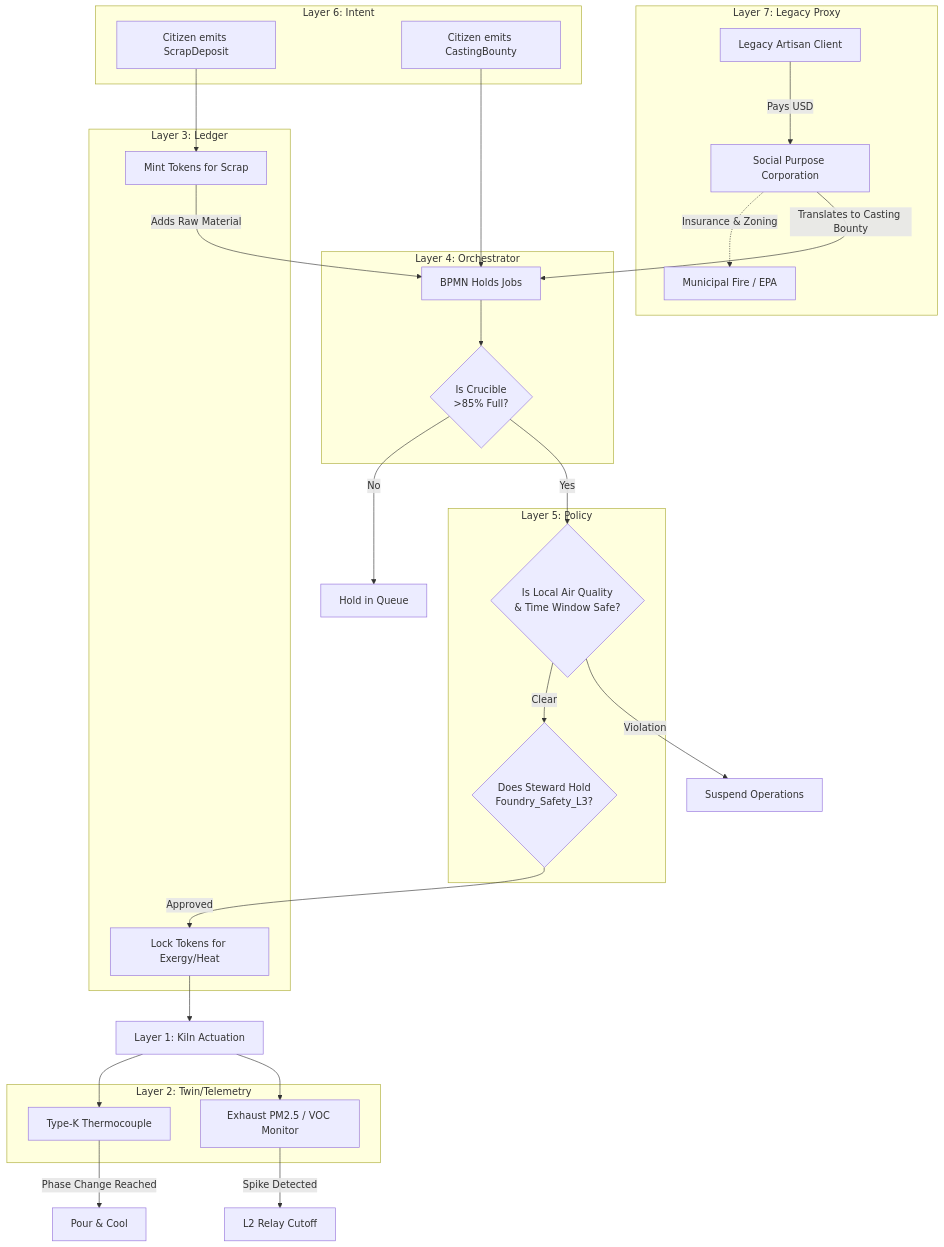
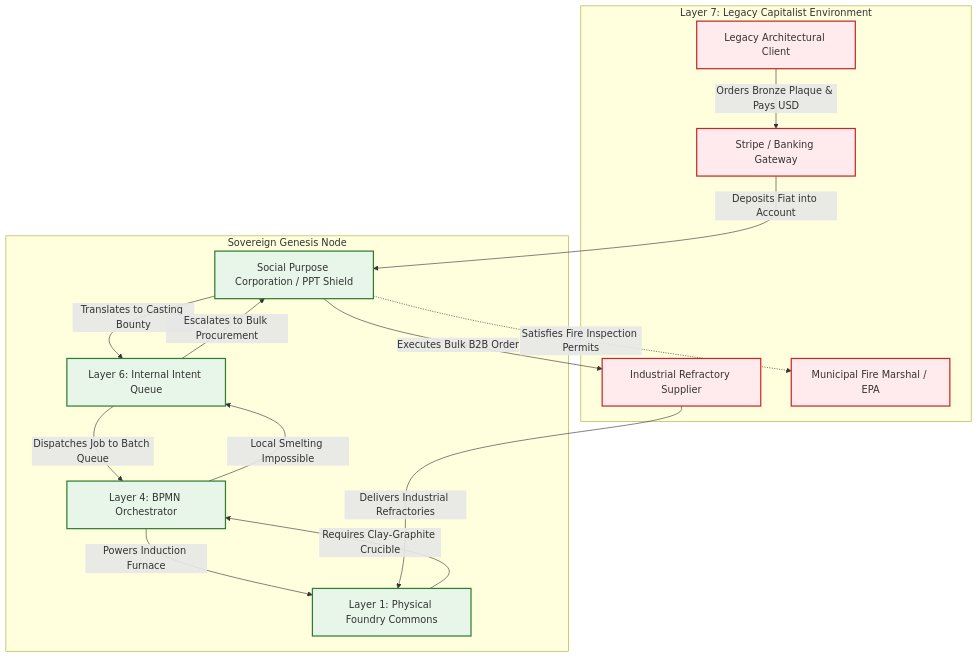
One commit to raffaine/collective changed the fourth of 4 diagrams in docs/scenarios/theta_foundry.md. Above: the diagram before and after it, drawn with Mermaid. The commit also changed other lines of this file and 62 other files, not shown here.

First line of the commit message:
feat(sprint-1): Oasis V4 WebGPU Engine & Sovereign Stack V2 Architecture

````diff
--- a/docs/scenarios/theta_foundry.md
+++ b/docs/scenarios/theta_foundry.md
@@ -46,58 +166,36 @@
 ```mermaid
 graph TD
-    subgraph Layer 7: Legacy Proxy
-        SPC[Social Purpose Corporation]
-        FireMarshal[Municipal Fire / EPA]
-        FiatClient[Legacy Artisan Client]
+    subgraph Legacy Market [Layer 7: Legacy Capitalist Environment]
+        Client[Legacy Architectural Client]
+        Stripe[Stripe / Banking Gateway]
+        Refractory[Industrial Refractory Supplier]
+        Marshal[Municipal Fire Marshal / EPA]
     end
 
-    subgraph Layer 6: Intent
-        Scrapper[Citizen emits ScrapDeposit]
-        Requester[Citizen emits CastingBounty]
+    subgraph The Collective [Sovereign Genesis Node]
+        SPC[Social Purpose Corporation / PPT Shield]
+        L6[Layer 6: Internal Intent Queue]
+        L4[Layer 4: BPMN Orchestrator]
+        L1[Layer 1: Physical Foundry Commons]
     end
 
-    subgraph Layer 5: Policy
-        CredCheck{Does Steward Hold <br> Foundry_Safety_L3?}
-        AQICheck{Is Local Air Quality <br> & Time Window Safe?}
-    end
-
-    subgraph Layer 4: Orchestrator
-        BatchPool[BPMN Holds Jobs]
-        VolumeCheck{Is Crucible <br> >85% Full?}
-    end
-
-    subgraph Layer 3: Ledger
-        Mint[Mint Tokens for Scrap]
-        Escrow[Lock Tokens for Exergy/Heat]
-    end
-
-    subgraph Layer 2: Twin/Telemetry
-        TempSensor[Type-K Thermocouple]
-        VOCSensor[Exhaust PM2.5 / VOC Monitor]
-    end
-
-    %% Legacy Flow
-    SPC -.->|Insurance & Zoning| FireMarshal
-    FiatClient -->|Pays USD| SPC
-    SPC -->|Translates to Casting Bounty| BatchPool
-
-    %% Sovereign Flow
-    Scrapper --> Mint
-    Mint -->|Adds Raw Material| BatchPool
-    Requester --> BatchPool
+    %% Inbound Fiat Flow
+    Client -->|Orders Bronze Plaque & Pays USD| Stripe
+    Stripe -->|Deposits Fiat into Account| SPC
+    SPC -.->|Satisfies Fire Inspection Permits| Marshal
+    SPC -->|Translates to Casting Bounty| L6
+    L6 -->|Dispatches Job to Batch Queue| L4
+    L4 -->|Powers Induction Furnace| L1
     
-    BatchPool --> VolumeCheck
-    VolumeCheck -->|No| Wait[Hold in Queue]
-    VolumeCheck -->|Yes| AQICheck
+    %% Outbound Procurement Flow
+    L1 -->|Requires Clay-Graphite Crucible| L4
+    L4 -->|Local Smelting Impossible| L6
+    L6 -->|Escalates to Bulk Procurement| SPC
+    SPC -->|Executes Bulk B2B Order| Refractory
+    Refractory -->|Delivers Industrial Refractories| L1
     
-    AQICheck -->|Clear| CredCheck
-    AQICheck -->|Violation| Suspend[Suspend Operations]
-    
-    CredCheck -->|Approved| Escrow
-    Escrow --> L1[Layer 1: Kiln Actuation]
-    
-    L1 --> TempSensor
-    L1 --> VOCSensor
-    VOCSensor -->|Spike Detected| Emergency[L2 Relay Cutoff]
-    TempSensor -->|Phase Change Reached| Cast[Pour & Cool]
+    classDef legacy fill:#ffebee,stroke:#c62828,stroke-width:2px;
+    classDef sovereign fill:#e8f5e9,stroke:#2e7d32,stroke-width:2px;
+    class Client,Stripe,Refractory,Marshal legacy;
+    class SPC,L6,L4,L1 sovereign;
 ```
````
